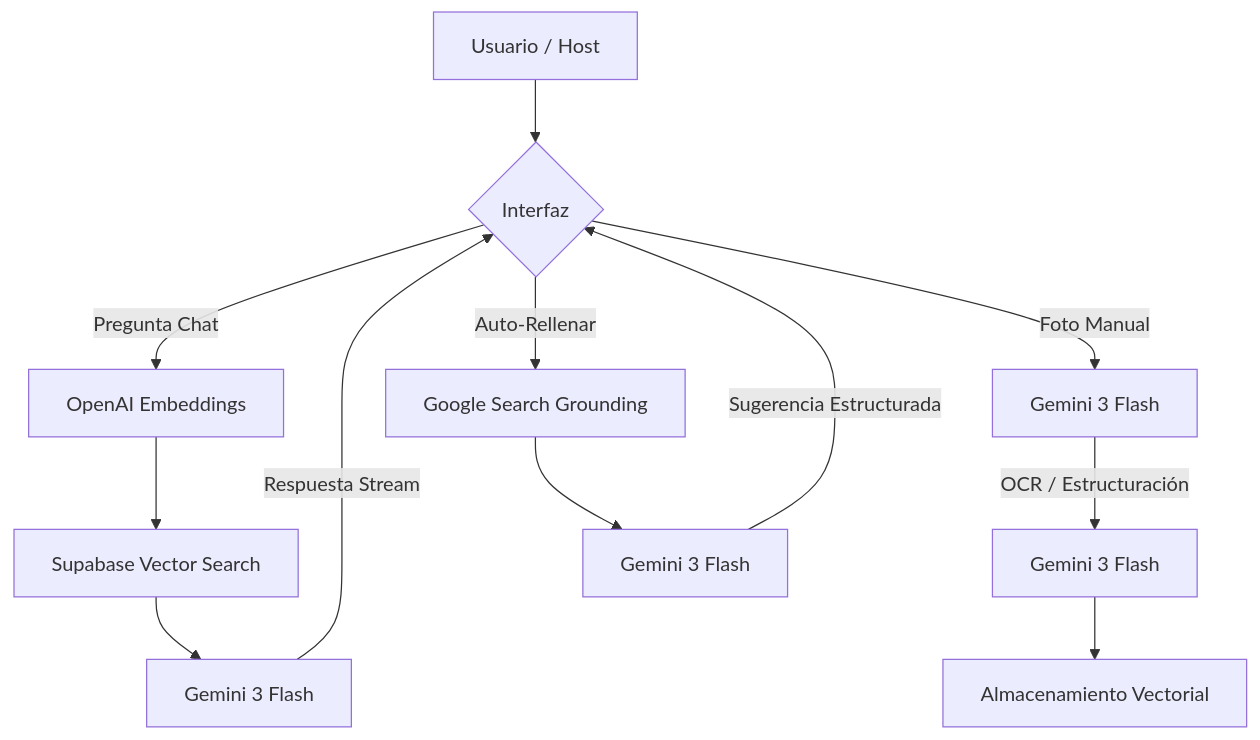
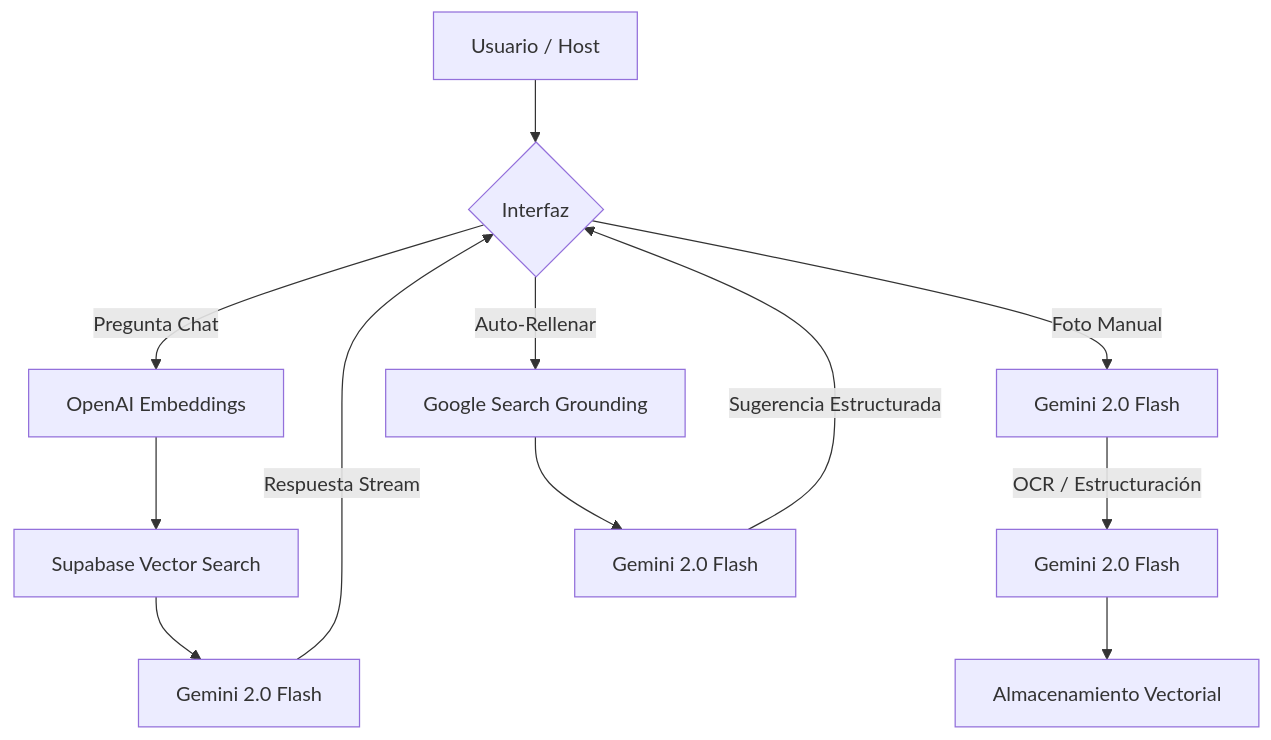
One commit to iluenta/guideflow changed the diagram in Documentacion_IA.md. Above: the diagram before and after it, drawn with Mermaid. The commit also changed other lines of this file and 78 other files, not shown here.

````diff
--- a/Documentacion_IA.md
+++ b/Documentacion_IA.md
@@ -41,16 +36,16 @@
 ```mermaid
 graph TD
     A[Usuario / Host] --> B{Interfaz}
     B -->|Pregunta Chat| C[OpenAI Embeddings]
     C --> D[Supabase Vector Search]
-    D --> E[Gemini 3 Flash]
+    D --> E[Gemini 2.0 Flash]
     E -->|Respuesta Stream| B
     
-    B -->|Foto Manual| F[Gemini 3 Flash]
-    F -->|OCR / Estructuración| G[Gemini 3 Flash]
+    B -->|Foto Manual| F[Gemini 2.0 Flash]
+    F -->|OCR / Estructuración| G[Gemini 2.0 Flash]
     G --> H[Almacenamiento Vectorial]
     
     B -->|Auto-Rellenar| I[Google Search Grounding]
-    I --> J[Gemini 3 Flash]
+    I --> J[Gemini 2.0 Flash]
     J -->|Sugerencia Estructurada| B
 ```
````
